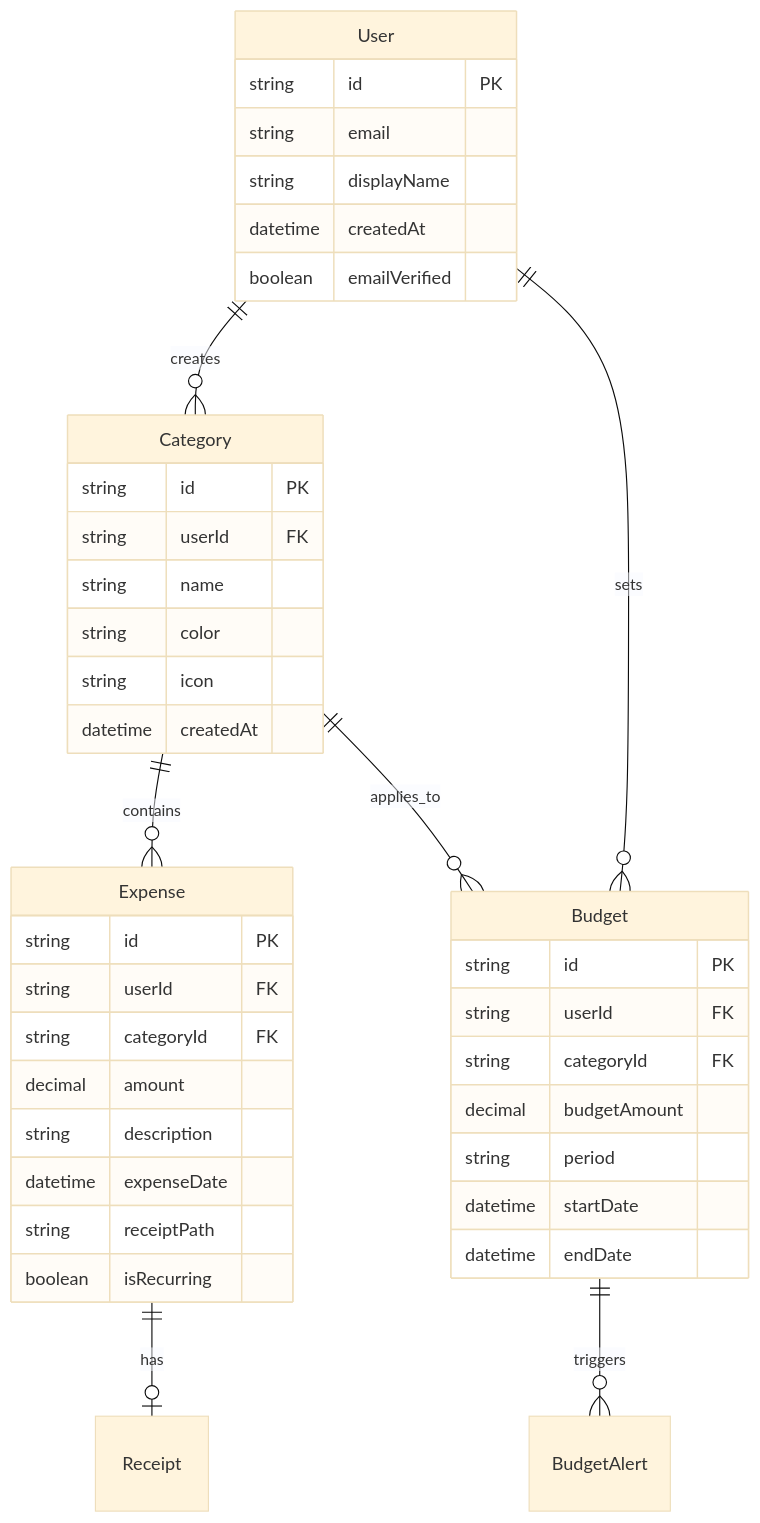
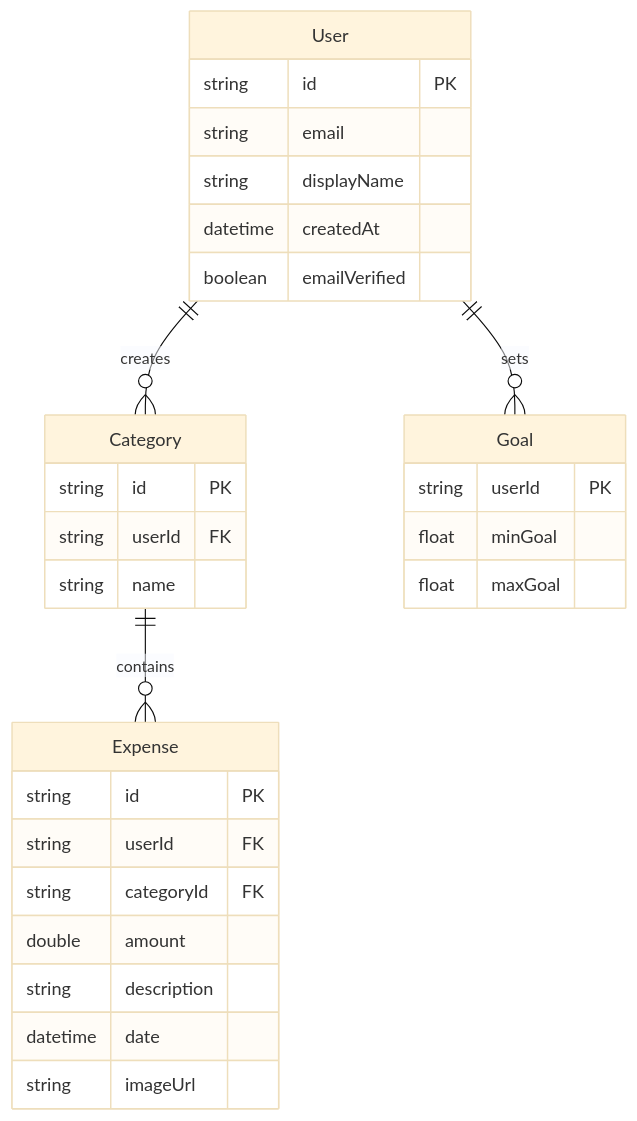
Before and after one commit to ST10254797/SmartBudgettings2.0: the diagram in README.md, drawn with Mermaid (base theme).

````diff
--- a/README.md
+++ b/README.md
@@ -142,47 +142,36 @@
 ```mermaid
 erDiagram
     User ||--o{ Category : creates
-    User ||--o{ Budget : sets
+    User ||--o{ Goal : sets
     Category ||--o{ Expense : contains
-    Category ||--o{ Budget : applies_to
-    Expense ||--o| Receipt : has
-    Budget ||--o{ BudgetAlert : triggers
     
-    User {
+      User {
         string id PK
         string email
         string displayName
         datetime createdAt
         boolean emailVerified
     }
-    
+
     Category {
         string id PK
         string userId FK
         string name
-        string color
-        string icon
-        datetime createdAt
     }
-    
+
     Expense {
         string id PK
         string userId FK
         string categoryId FK
-        decimal amount
+        double amount
         string description
-        datetime expenseDate
-        string receiptPath
-        boolean isRecurring
+        datetime date
+        string imageUrl
     }
-    
-    Budget {
-        string id PK
-        string userId FK
-        string categoryId FK
-        decimal budgetAmount
-        string period
-        datetime startDate
-        datetime endDate
+
+    Goal {
+        string userId PK
+        float minGoal
+        float maxGoal
     }
 ```
````
